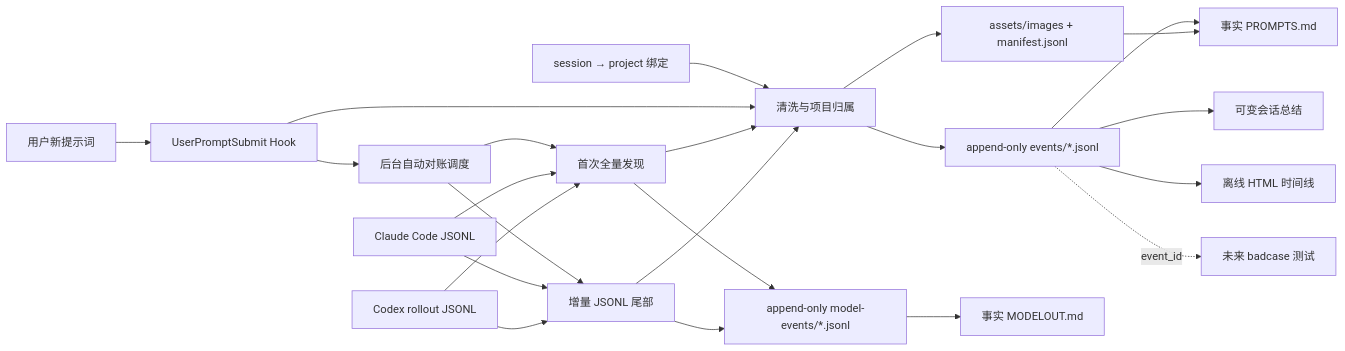
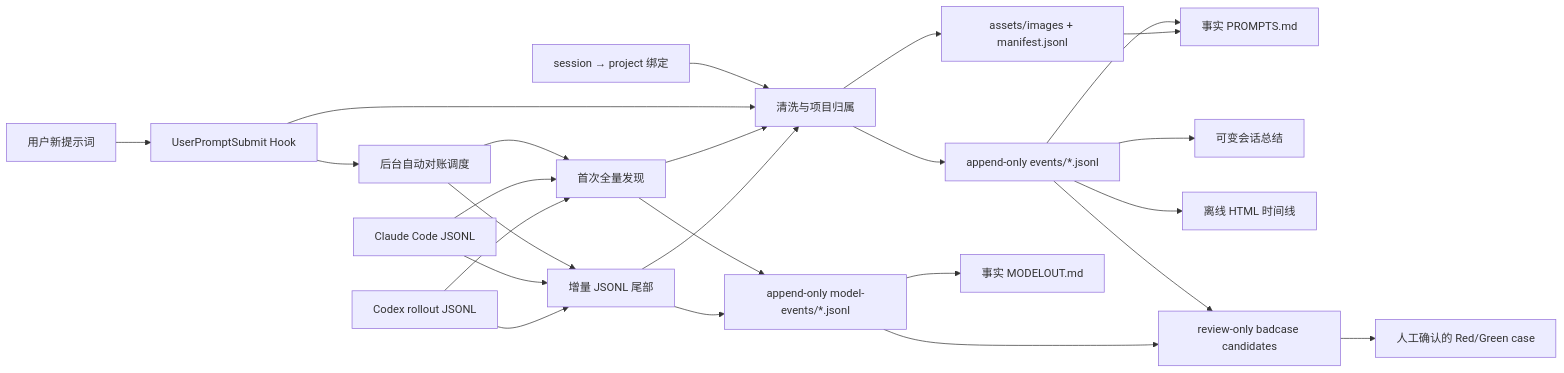
The diagram in README.md (24kchengYe/prompt-harness), drawn with Mermaid before and after one commit. The commit also changed other lines of this file and 32 other files, not shown here.

````diff
--- a/README.md
+++ b/README.md
@@ -57,25 +58,27 @@
 ```mermaid
 flowchart LR
   U["用户新提示词"] --> H["UserPromptSubmit Hook"]
   BIND["session → project 绑定"] --> N
   H --> D["后台自动对账调度"]
   D --> B["首次全量发现"]
   D --> J["增量 JSONL 尾部"]
   C["Claude Code JSONL"] --> B
   X["Codex rollout JSONL"] --> B
   C --> J
   X --> J
   H --> N["清洗与项目归属"]
   B --> N
   J --> N
   N --> E["append-only events/*.jsonl"]
   B --> O["append-only model-events/*.jsonl"]
   J --> O
   N --> A["assets/images + manifest.jsonl"]
   E --> M["事实 PROMPTS.md"]
   O --> MO["事实 MODELOUT.md"]
   A --> M
   E --> S["可变会话总结"]
   E --> V["离线 HTML 时间线"]
-  E -. "event_id" .-> Q["未来 badcase 测试"]
+  E --> Q["review-only badcase candidates"]
+  O --> Q
+  Q --> R["人工确认的 Red/Green case"]
 ```
````
